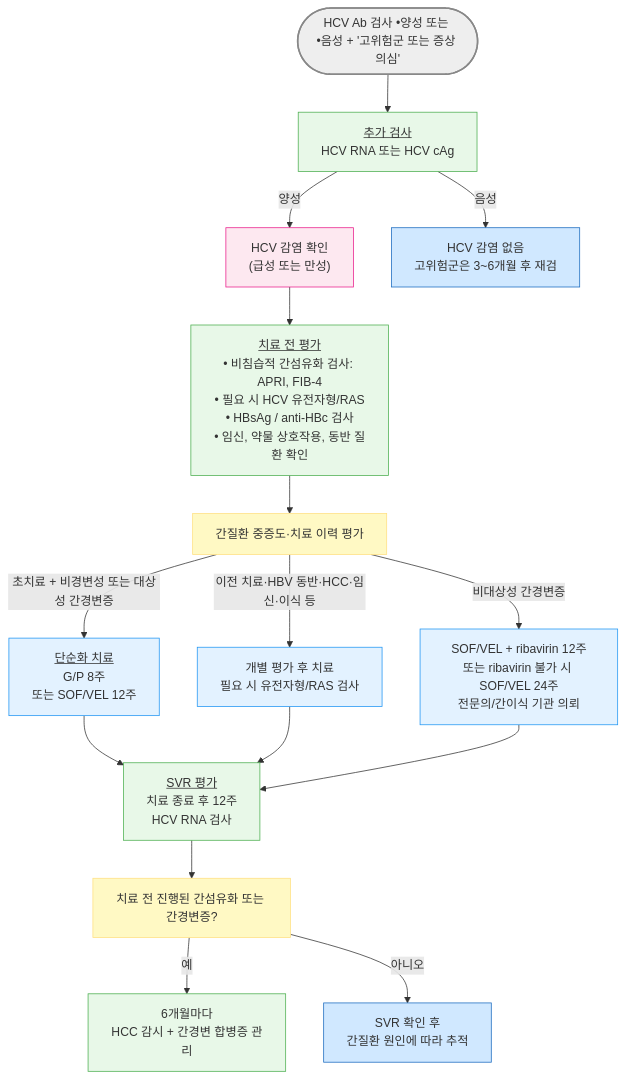
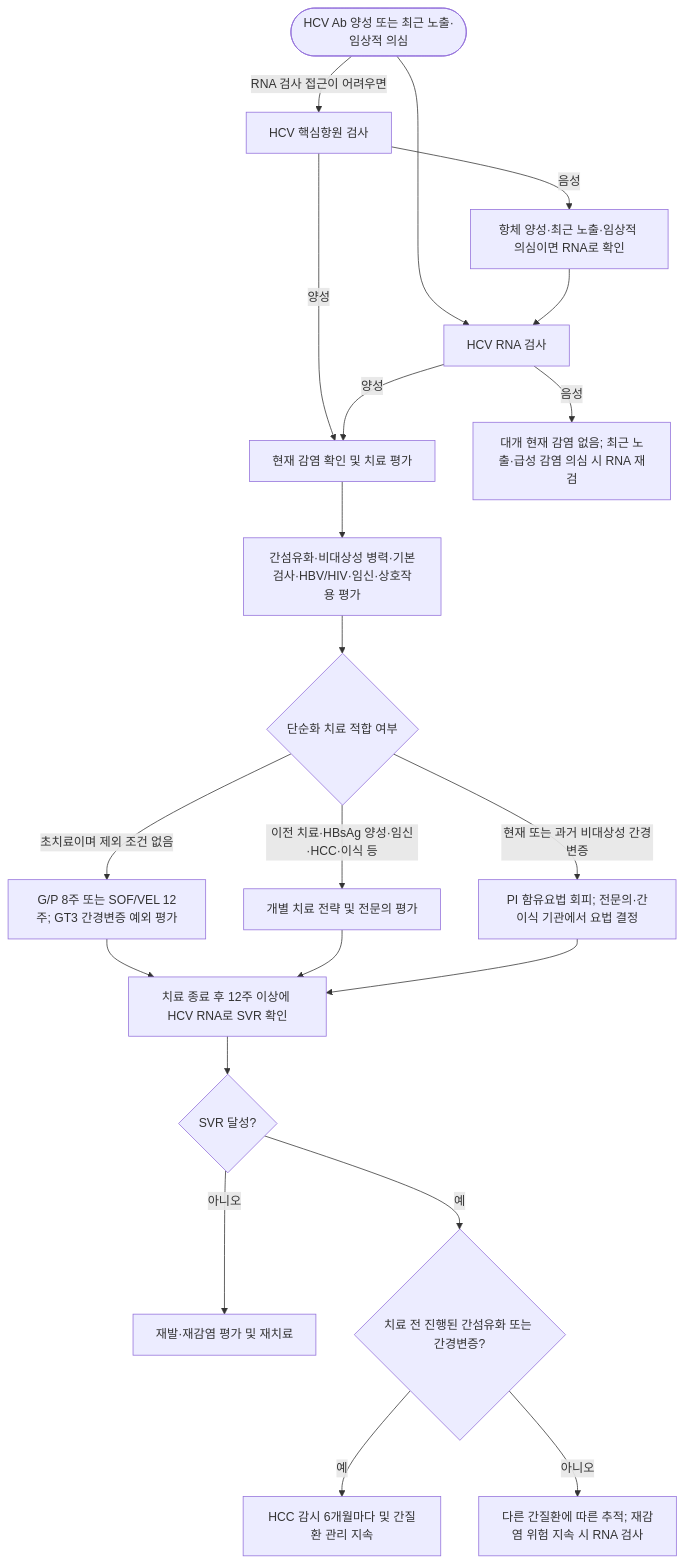
Before and after one commit to familyoh77/familyoh77: the diagram in 224_/092_hcv-infection.md, drawn with Mermaid. The commit also changed other lines of this file and 1 other file, not shown here.

````diff
--- a/224_/092_hcv-infection.md
+++ b/224_/092_hcv-infection.md
@@ -127,28 +128,23 @@
 ```mermaid
 flowchart TD
-    A([HCV Ab 검사 •양성 또는 <br/>•음성 + '고위험군 또는 증상 의심']) --> C[<u>추가 검사</u><br/>HCV RNA 또는 HCV cAg]
-    C -- "양성" --> E["HCV 감염 확인<br/>(급성 또는 만성)"]
-    C -- "음성" --> F["HCV 감염 없음<br/>고위험군은 3~6개월 후 재검"]
-    E --> G["<u>치료 전 평가</u><br/>• 비침습적 간섬유화 검사: APRI, FIB-4<br/>• 필요 시 HCV 유전자형/RAS<br/>• HBsAg / anti-HBc 검사<br/>• 임신, 약물 상호작용, 동반 질환 확인"]
-    G --> H[간질환 중증도·치료 이력 평가]
-    H -- "초치료 + 비경변성 또는 대상성 간경변증" --> I["<u>단순화 치료</u><br/>G/P 8주<br/>또는 SOF/VEL 12주"]
-    H -- "이전 치료·HBV 동반·HCC·임신·이식 등" --> J["개별 평가 후 치료<br/>필요 시 유전자형/RAS 검사"]
-    H -- "비대상성 간경변증" --> K["SOF/VEL + ribavirin 12주<br/>또는 ribavirin 불가 시 SOF/VEL 24주<br/>전문의/간이식 기관 의뢰"]
-    I --> L["<u>SVR 평가</u><br/>치료 종료 후 12주<br/>HCV RNA 검사"]
+    A(["HCV Ab 양성 또는 최근 노출·임상적 의심"]) --> B["HCV RNA 검사"]
+    A -- "RNA 검사 접근이 어려우면" --> C["HCV 핵심항원 검사"]
+    C -- 양성 --> D["현재 감염 확인 및 치료 평가"]
+    C -- 음성 --> E["항체 양성·최근 노출·임상적 의심이면 RNA로 확인"]
+    E --> B
+    B -- 양성 --> D
+    B -- 음성 --> F["대개 현재 감염 없음; 최근 노출·급성 감염 의심 시 RNA 재검"]
+    D --> G["간섬유화·비대상성 병력·기본검사·HBV/HIV·임신·상호작용 평가"]
+    G --> H{"단순화 치료 적합 여부"}
+    H -- "초치료이며 제외 조건 없음" --> I["G/P 8주 또는 SOF/VEL 12주; GT3 간경변증 예외 평가"]
+    H -- "이전 치료·HBsAg 양성·임신·HCC·이식 등" --> J["개별 치료 전략 및 전문의 평가"]
+    H -- "현재 또는 과거 비대상성 간경변증" --> K["PI 함유요법 회피; 전문의·간이식 기관에서 요법 결정"]
+    I --> L["치료 종료 후 12주 이상에 HCV RNA로 SVR 확인"]
     J --> L
     K --> L
-    L --> M[치료 전 진행된 간섬유화 또는 간경변증?]
-    M -- "예" --> N["6개월마다<br/>HCC 감시 + 간경변 합병증 관리"]
-    M -- "아니오" --> O["SVR 확인 후<br/>간질환 원인에 따라 추적"]
-
-style A fill:#eeeeee,stroke:#888888,stroke-width:2px
-classDef yellow fill:#fff9c4,stroke:#ffe082
-class B,D,H,M yellow
-classDef blue fill:#d0e8ff,stroke:#1a6abf
-class F,O blue
-classDef lightGreen fill:#e8f8e8,stroke:#4caf50
-class N,L,G,C lightGreen
-classDef sky fill:#e3f2ff,stroke:#2196f3
-class I,J,K sky
-style E fill:#fde8f0,stroke:#e91e8c
+    L --> M{"SVR 달성?"}
+    M -- 아니오 --> N["재발·재감염 평가 및 재치료"]
+    M -- 예 --> O{"치료 전 진행된 간섬유화 또는 간경변증?"}
+    O -- 예 --> P["HCC 감시 6개월마다 및 간질환 관리 지속"]
+    O -- 아니오 --> Q["다른 간질환에 따른 추적; 재감염 위험 지속 시 RNA 검사"]
 ```
````
